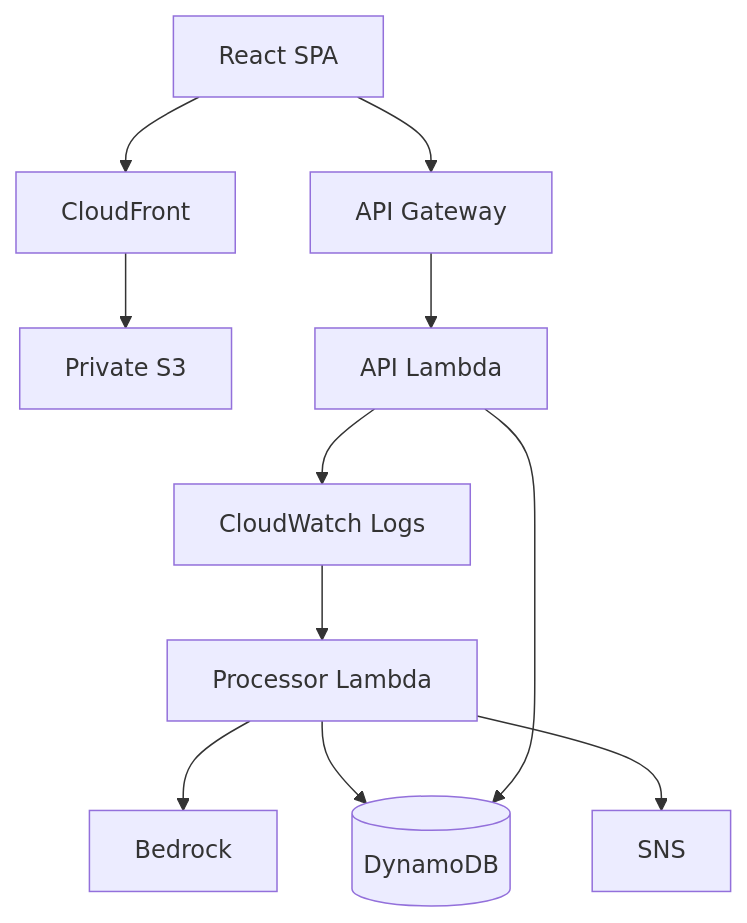
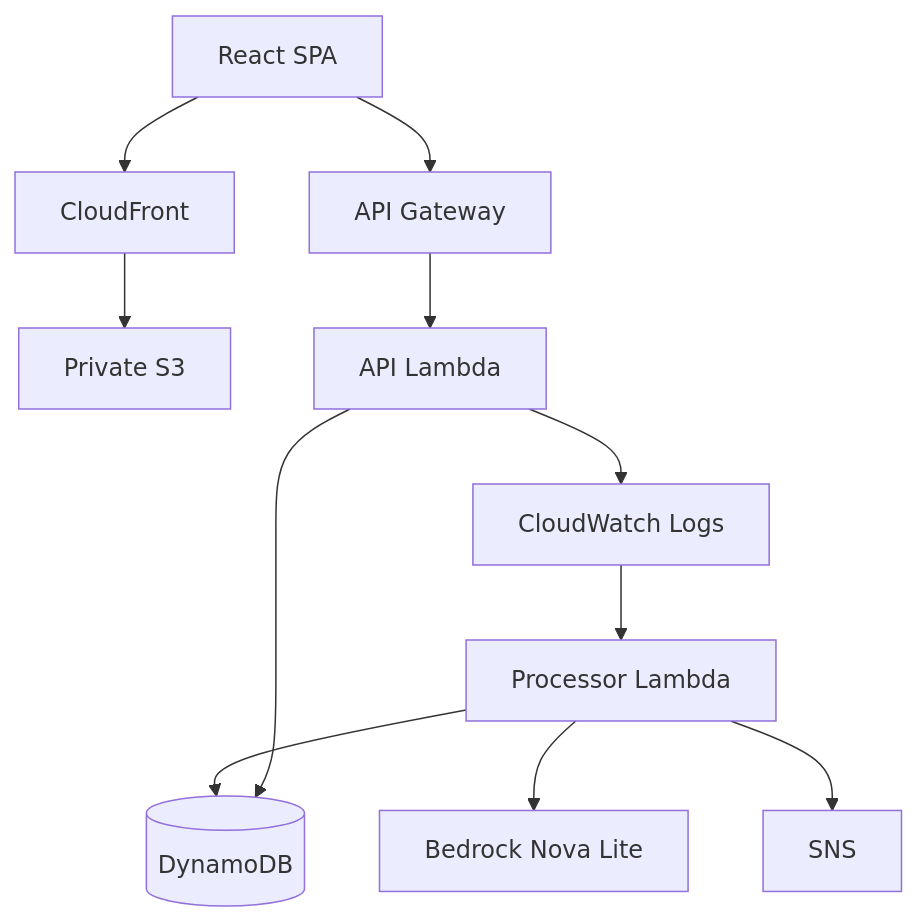
The diagram in README.md (gerardinhoo/incidentlens-ai), drawn with Mermaid before and after one commit. The commit also changed other lines of this file and 26 other files, not shown here.

````diff
--- a/README.md
+++ b/README.md
@@ -70,13 +93,13 @@
 ```mermaid
 flowchart TB
   Browser[React SPA] --> CF[CloudFront]
   CF --> S3[Private S3]
   Browser --> APIGW[API Gateway]
   APIGW --> API[API Lambda]
   API --> CW[CloudWatch Logs]
   CW --> PROC[Processor Lambda]
-  PROC --> BR[Bedrock]
   PROC --> DDB[(DynamoDB)]
+  PROC --> BR[Bedrock Nova Lite]
   PROC --> SNS[SNS]
   API --> DDB
 ```
````
